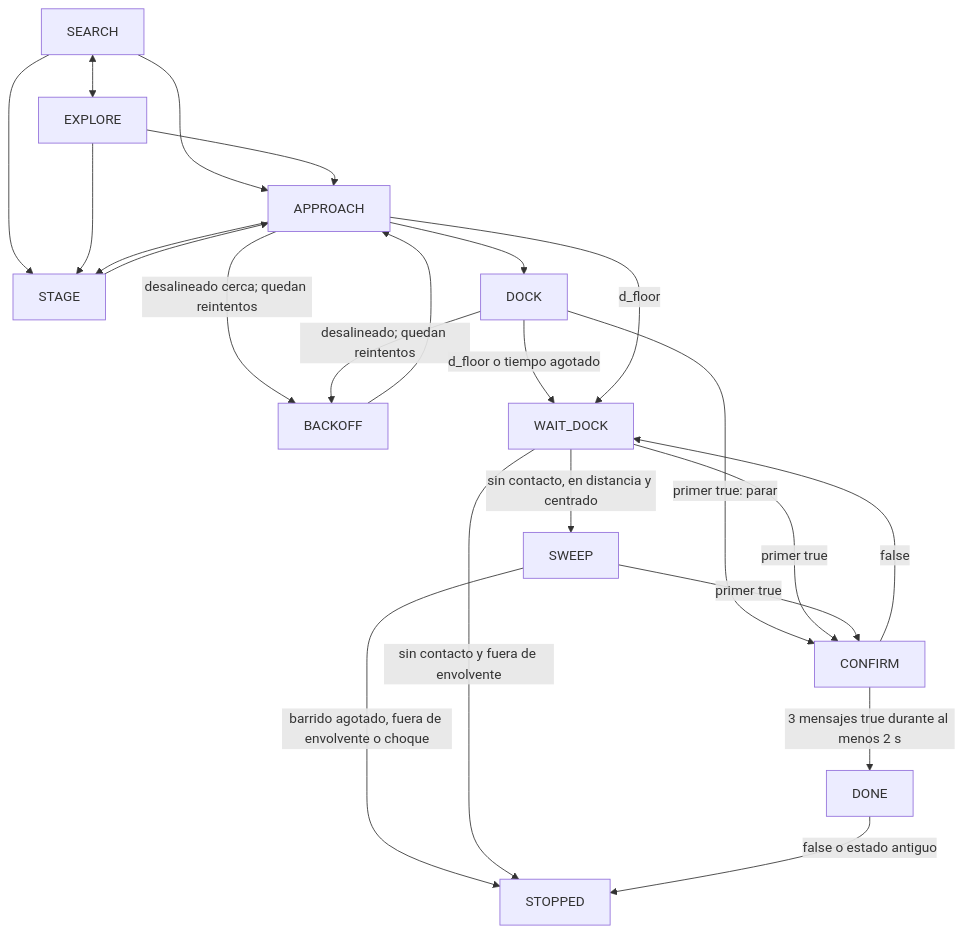
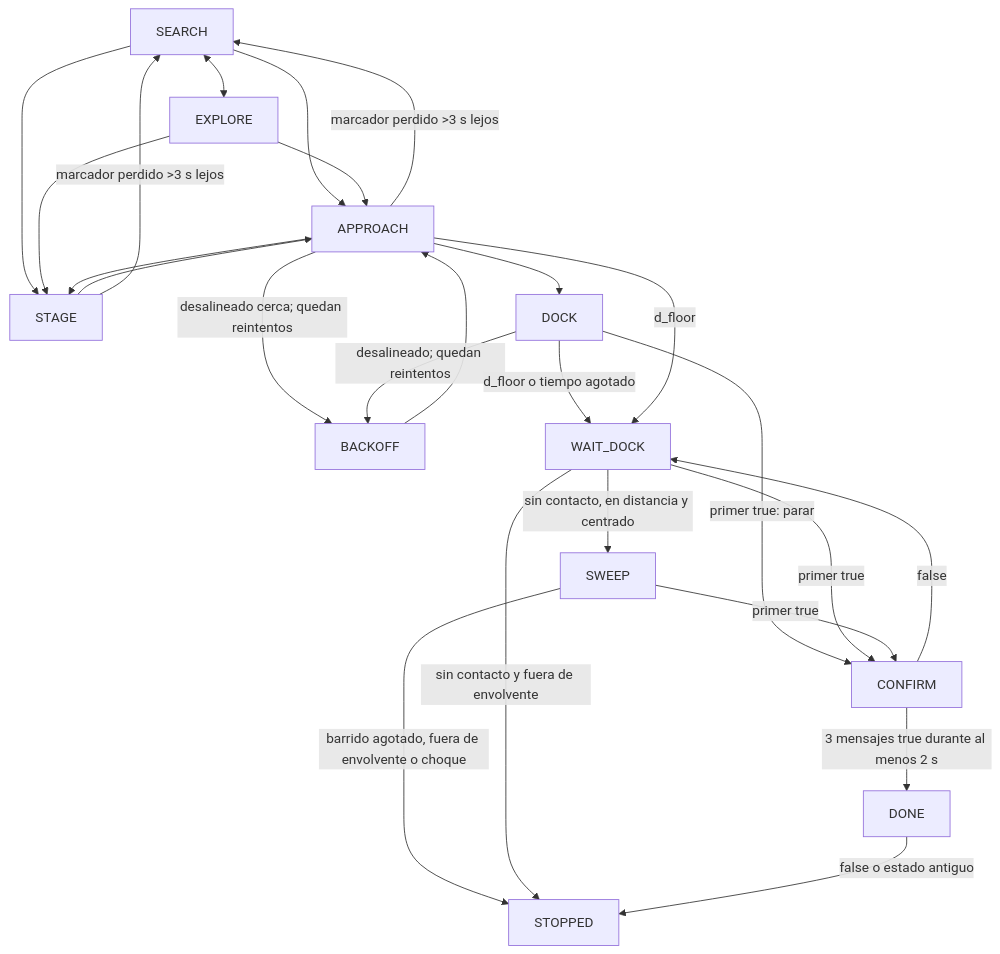
One commit to TerraBots/terraslam_solucion_dock_lidar changed the diagram in README.md. Above: the diagram before and after it, drawn with Mermaid. The commit also changed other lines of this file and 113 other files, not shown here.

````diff
--- a/README.md
+++ b/README.md
@@ -553,25 +687,27 @@
 ```mermaid
 flowchart TD
     SEARCH <--> EXPLORE
     SEARCH --> STAGE
     SEARCH --> APPROACH
     EXPLORE --> APPROACH
     EXPLORE --> STAGE
     STAGE --> APPROACH
     APPROACH --> STAGE
+    STAGE -->|marcador perdido >3 s lejos| SEARCH
+    APPROACH -->|marcador perdido >3 s lejos| SEARCH
     APPROACH --> DOCK
     APPROACH -->|desalineado cerca; quedan reintentos| BACKOFF
     DOCK -->|desalineado; quedan reintentos| BACKOFF
     BACKOFF --> APPROACH
     DOCK -->|d_floor o tiempo agotado| WAIT_DOCK
     APPROACH -->|d_floor| WAIT_DOCK
     DOCK -->|primer true: parar| CONFIRM
     WAIT_DOCK -->|primer true| CONFIRM
     CONFIRM -->|false| WAIT_DOCK
     CONFIRM -->|3 mensajes true durante al menos 2 s| DONE
     WAIT_DOCK -->|sin contacto, en distancia y centrado| SWEEP
     SWEEP -->|primer true| CONFIRM
     SWEEP -->|barrido agotado, fuera de envolvente o choque| STOPPED
     WAIT_DOCK -->|sin contacto y fuera de envolvente| STOPPED
     DONE -->|false o estado antiguo| STOPPED
 ```
````
